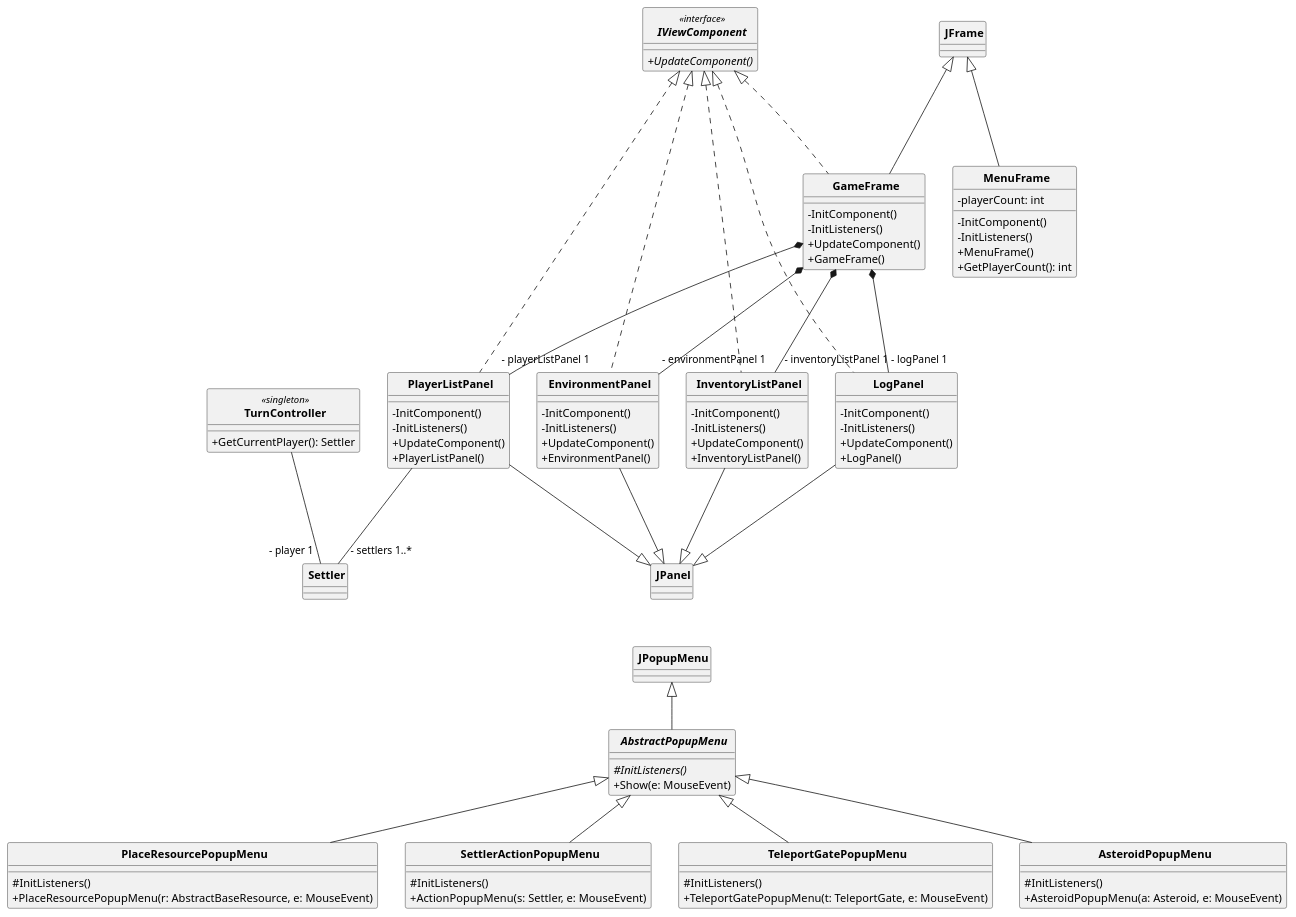
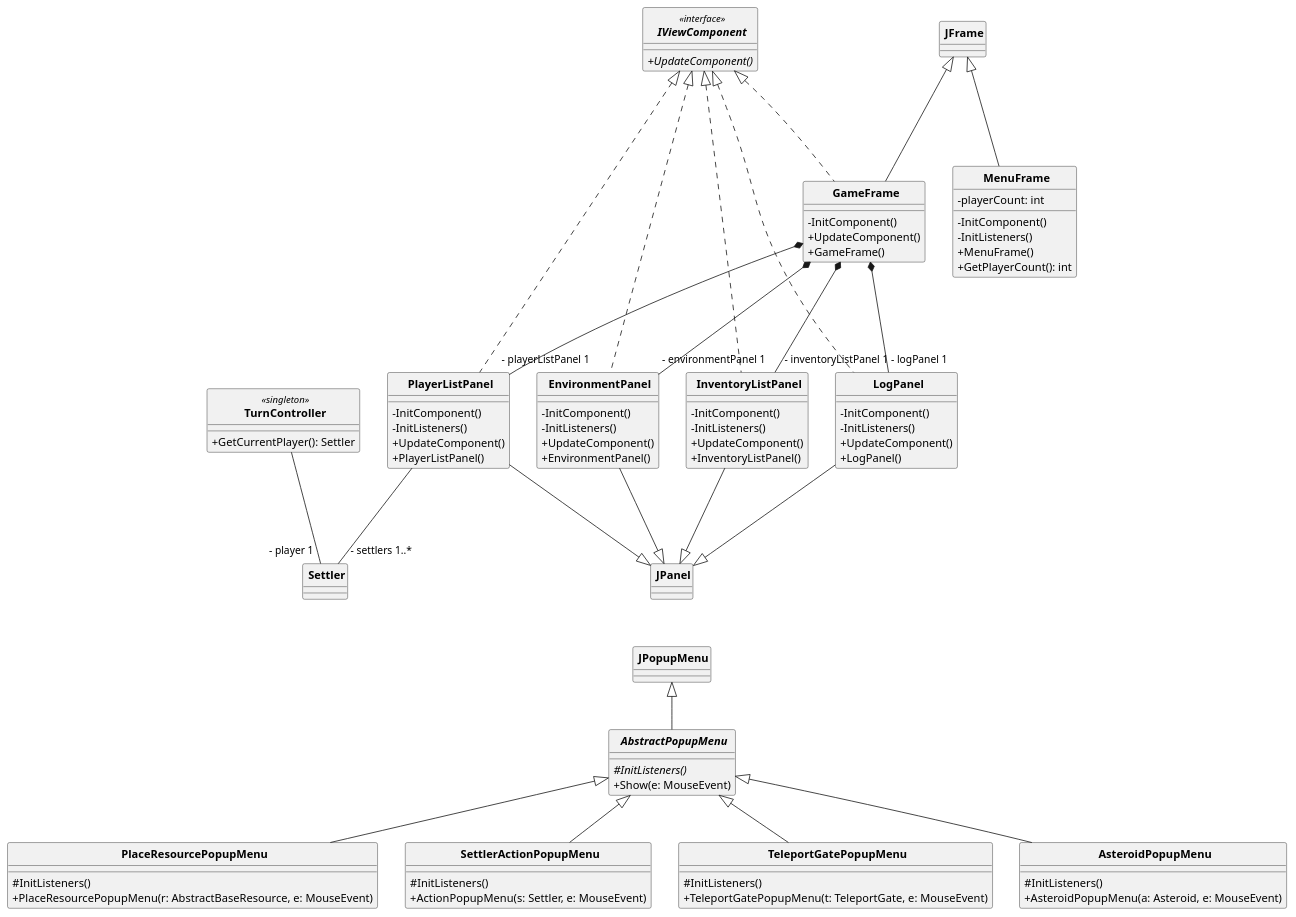
The diagram in uml/class_diagrams/gui_class.plantuml (bbucsy/projlab_holy_oil), drawn with PlantUML before and after one commit.

Commit message:
Removed unused listener initiator

```diff
--- a/uml/class_diagrams/gui_class.plantuml
+++ b/uml/class_diagrams/gui_class.plantuml
@@ -1,129 +1,128 @@
 @startuml classdiagram
 
 skinparam ClassAttributeIconSize 0
 skinparam CircledCharacterRadius 0
 skinparam CircledCharacterFontSize 0
 skinparam ClassFontStyle bold
 
 class JFrame {}
 class JPanel {}
 class JPopupMenu {}
 
 ' package: viewcomponents
 interface IViewComponent << interface >> {
   {abstract} + UpdateComponent()
 }
 
 together {
   class MenuFrame {
     - playerCount: int
     - InitComponent()
     - InitListeners()
     + MenuFrame()
     + GetPlayerCount(): int
   }
 
   class GameFrame {
     - InitComponent()
-    - InitListeners()
     + UpdateComponent()
     + GameFrame()
   }
 }
 
 together {
   class EnvironmentPanel {
     - InitComponent()
     - InitListeners()
     + UpdateComponent()
     + EnvironmentPanel()
   }
 
   class InventoryListPanel {
     - InitComponent()
     - InitListeners()
     + UpdateComponent()
     + InventoryListPanel()
   }
 
   class PlayerListPanel {
     - InitComponent()
     - InitListeners()
     + UpdateComponent()
     + PlayerListPanel()
   }
 
   class LogPanel {
     - InitComponent()
     - InitListeners()
     + UpdateComponent()
     + LogPanel()
   }
 }
 
 abstract class AbstractPopupMenu {
   {abstract}# InitListeners()
   + Show(e: MouseEvent)
 }
 
 together {
   class AsteroidPopupMenu {
     # InitListeners()
     + AsteroidPopupMenu(a: Asteroid, e: MouseEvent)
   }
 
   class TeleportGatePopupMenu {
     # InitListeners()
     + TeleportGatePopupMenu(t: TeleportGate, e: MouseEvent)
   }
 
   class SettlerActionPopupMenu {
     # InitListeners()
     + ActionPopupMenu(s: Settler, e: MouseEvent)
   }
 
   class PlaceResourcePopupMenu {
     # InitListeners()
     + PlaceResourcePopupMenu(r: AbstractBaseResource, e: MouseEvent)
   }
 }
 
 class TurnController << singleton >> {
   + GetCurrentPlayer(): Settler
 }
 
 ' Interface realizations
 GameFrame .up..|> IViewComponent
 EnvironmentPanel .up..|> IViewComponent
 InventoryListPanel .up..|> IViewComponent
 PlayerListPanel .up..|> IViewComponent
 LogPanel .up..|> IViewComponent
 
 ' Inheritance
 GameFrame -up--|> JFrame
 MenuFrame -up--|> JFrame
 
 EnvironmentPanel -down--|> JPanel
 InventoryListPanel -down--|> JPanel
 PlayerListPanel -down--|> JPanel
 LogPanel -down--|> JPanel
 
 AbstractPopupMenu -up-|> JPopupMenu
 AsteroidPopupMenu -up-|> AbstractPopupMenu
 TeleportGatePopupMenu -up-|> AbstractPopupMenu
 SettlerActionPopupMenu -up-|> AbstractPopupMenu
 PlaceResourcePopupMenu -up-|> AbstractPopupMenu
 
 ' This is for better display
 JPopupMenu -[hidden]up-> JPanel
 
 ' Associations
 GameFrame *--- "- environmentPanel 1" EnvironmentPanel
 GameFrame *--- "- inventoryListPanel 1" InventoryListPanel
 GameFrame *--- "- playerListPanel 1" PlayerListPanel
 GameFrame *--- "- logPanel 1" LogPanel
 
 PlayerListPanel --- "- settlers 1..*" Settler
 TurnController --- "- player 1" Settler
 
 @enduml
```
